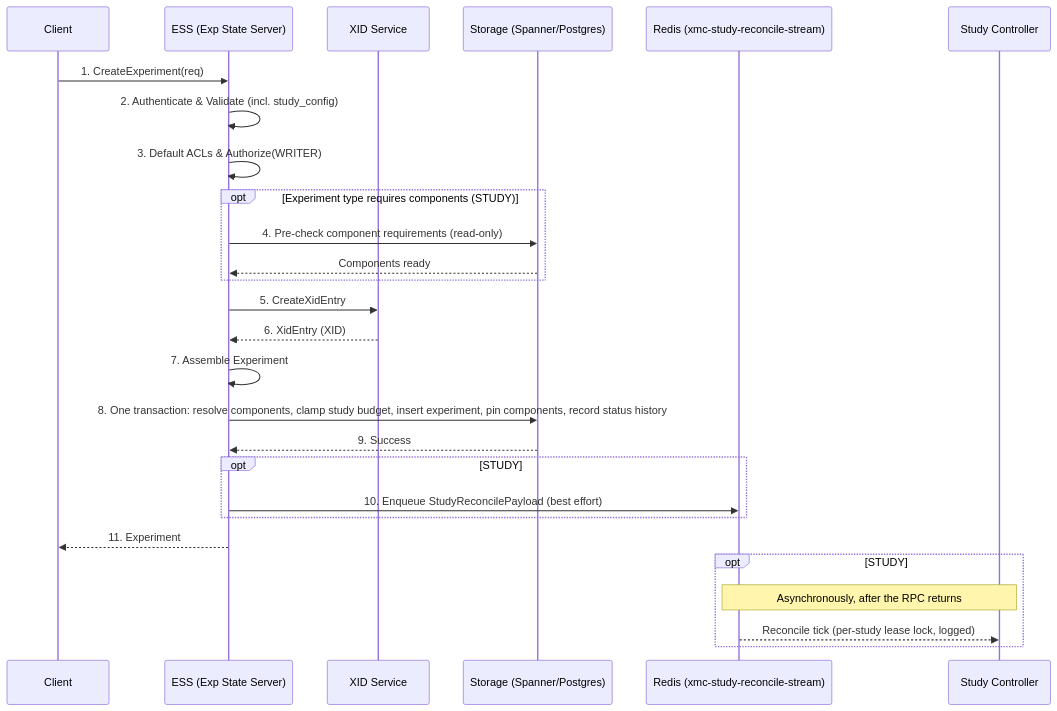
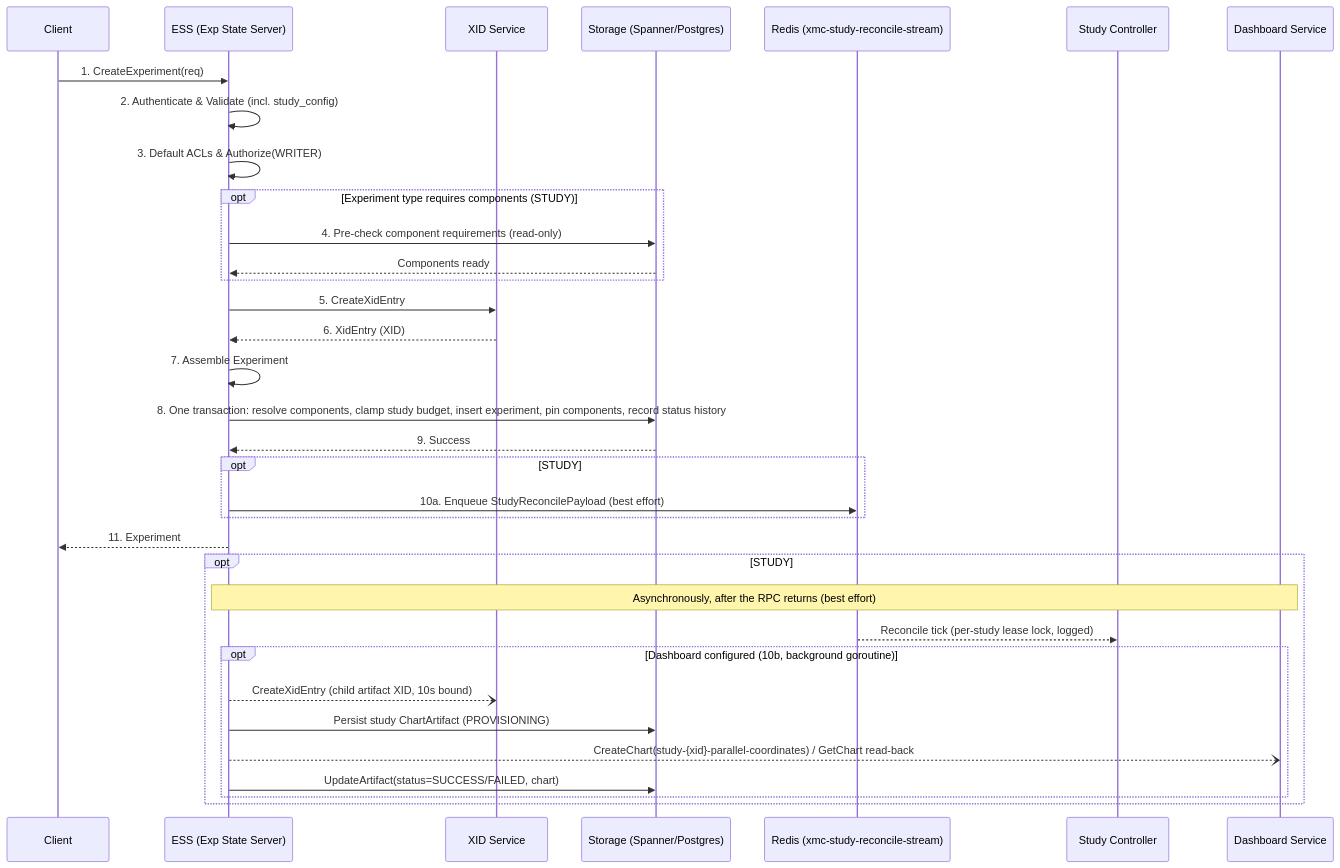
Before and after one commit to google/xmc: the first of 4 diagrams in docs/flows/experiment_lifecycle.md, drawn with Mermaid. The commit also changed other lines of this file and 31 other files, not shown here.

First line of the commit message:
feat(ess): auto-provision parallel-coordinates chart on study creation (#1756)

````diff
--- a/docs/flows/experiment_lifecycle.md
+++ b/docs/flows/experiment_lifecycle.md
@@ -14,30 +14,37 @@
 ```mermaid
 sequenceDiagram
     participant Client
     participant ESS as ESS (Exp State Server)
     participant XID as XID Service
     participant Storage as Storage (Spanner/Postgres)
     participant Redis as Redis (xmc-study-reconcile-stream)
     participant SC as Study Controller
+    participant DS as Dashboard Service
 
     Client->>ESS: 1. CreateExperiment(req)
     ESS->>ESS: 2. Authenticate & Validate (incl. study_config)
     ESS->>ESS: 3. Default ACLs & Authorize(WRITER)
     opt Experiment type requires components (STUDY)
         ESS->>Storage: 4. Pre-check component requirements (read-only)
         Storage-->>ESS: Components ready
     end
     ESS->>XID: 5. CreateXidEntry
     XID-->>ESS: 6. XidEntry (XID)
     ESS->>ESS: 7. Assemble Experiment
     ESS->>Storage: 8. One transaction: resolve components, clamp study budget, insert experiment, pin components, record status history
     Storage-->>ESS: 9. Success
     opt STUDY
-        ESS->>Redis: 10. Enqueue StudyReconcilePayload (best effort)
+        ESS->>Redis: 10a. Enqueue StudyReconcilePayload (best effort)
     end
     ESS-->>Client: 11. Experiment
     opt STUDY
-        Note over Redis,SC: Asynchronously, after the RPC returns
+        Note over ESS,DS: Asynchronously, after the RPC returns (best effort)
         Redis-->>SC: Reconcile tick (per-study lease lock, logged)
+        opt Dashboard configured (10b, background goroutine)
+            ESS--)XID: CreateXidEntry (child artifact XID, 10s bound)
+            ESS->>Storage: Persist study ChartArtifact (PROVISIONING)
+            ESS--)DS: CreateChart(study-{xid}-parallel-coordinates) / GetChart read-back
+            ESS->>Storage: UpdateArtifact(status=SUCCESS/FAILED, chart)
+        end
     end
 ```
````
